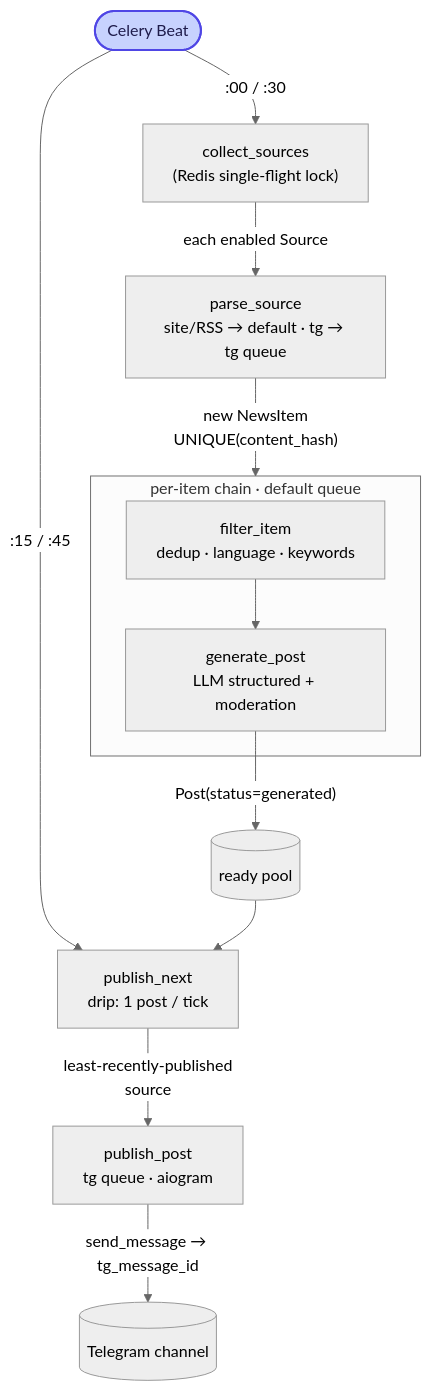
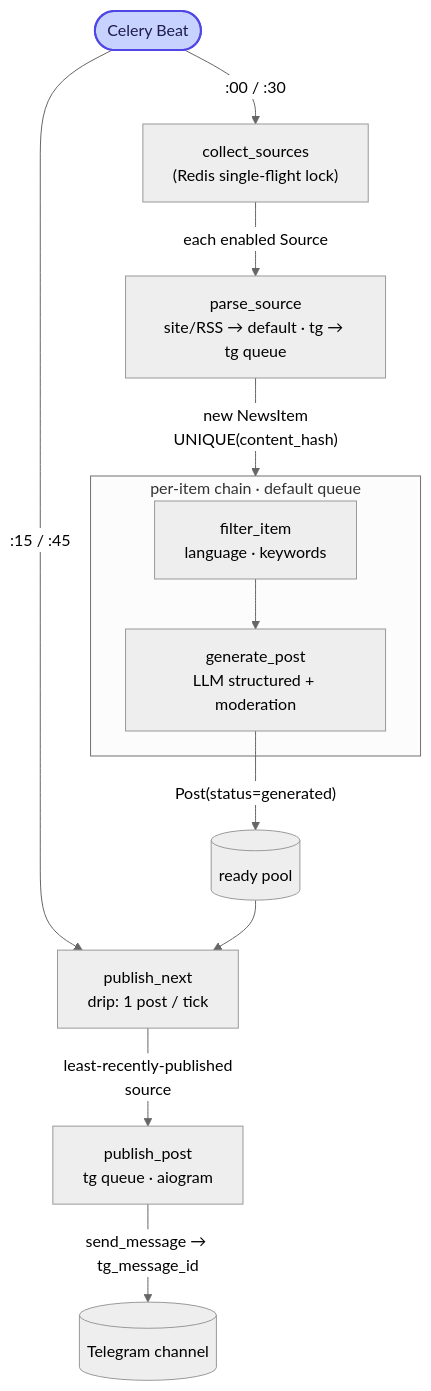
One commit to semtexfromua/ai-post-bot changed the diagram in README.md. Above: the diagram before and after it, drawn with Mermaid (neutral theme). The commit also changed other lines of this file and 1 other file, not shown here.

First line of the commit message:
docs(readme): sync with dedup/SSRF/compose changes

````diff
--- a/README.md
+++ b/README.md
@@ -46,20 +46,20 @@
 ```mermaid
 flowchart TD
     Beat([Celery Beat]):::infra
     Beat -->|":00 / :30"| Collect["collect_sources<br/>(Redis single-flight lock)"]
     Beat -->|":15 / :45"| Drip["publish_next<br/>drip: 1 post / tick"]
 
     Collect -->|"each enabled Source"| Parse["parse_source<br/>site/RSS → default · tg → tg queue"]
     Parse -->|"new NewsItem<br/>UNIQUE(content_hash)"| Chain
 
     subgraph Chain["per-item chain · default queue"]
-      Filter["filter_item<br/>dedup · language · keywords"] --> Gen["generate_post<br/>LLM structured + moderation"]
+      Filter["filter_item<br/>language · keywords"] --> Gen["generate_post<br/>LLM structured + moderation"]
     end
 
     Gen -->|"Post(status=generated)"| Pool[("ready pool")]
     Pool --> Drip
     Drip -->|"least-recently-published<br/>source"| Pub["publish_post<br/>tg queue · aiogram"]
     Pub -->|"send_message → tg_message_id"| Channel[("Telegram channel")]
 
     classDef infra fill:#c7d2fe,stroke:#4f46e5,color:#1e1b4b,stroke-width:2px;
 ```
````
